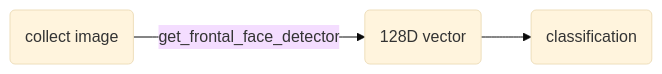
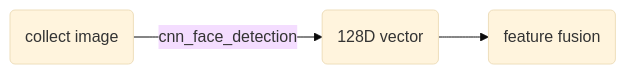
Before and after one commit to balaboom123/Recognition-System-Using-Deepspeaker-and-Dlib: the diagram in README.md, drawn with Mermaid (base theme).

````diff
--- a/README.md
+++ b/README.md
@@ -15,5 +15,5 @@
 ```mermaid
 flowchart LR
-A(collect image) -->|get_frontal_face_detector| B(128D vector)
-B --> C(classification)
+A(collect image) -->|cnn_face_detection| B(128D vector)
+B --> C(feature fusion)
 ```
````
